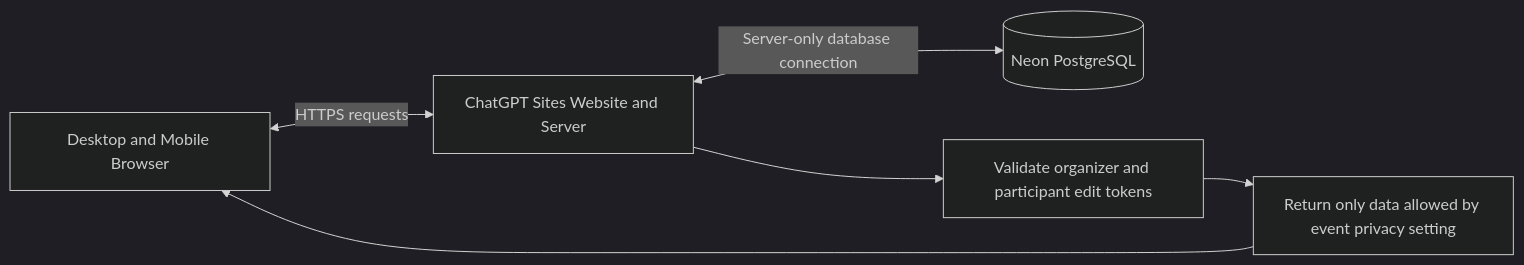
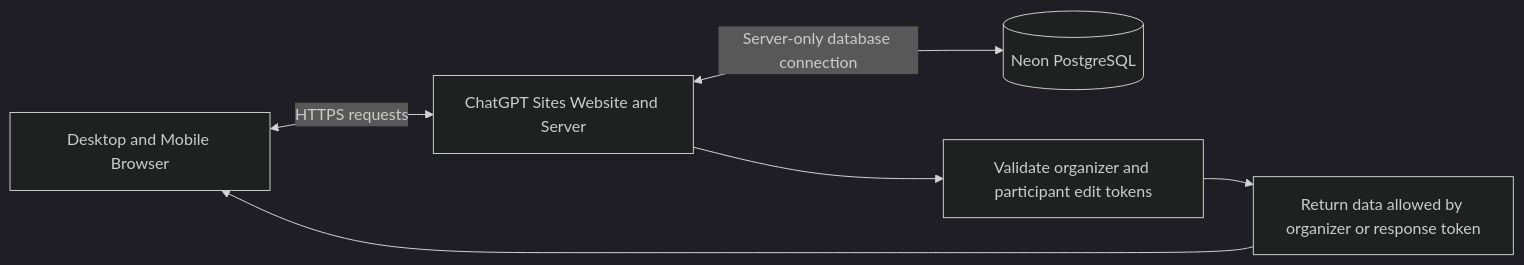
One commit to jimmy181211/whenkin changed the third of 4 diagrams in docs/flowchart.md. Above: the diagram before and after it, drawn with Mermaid (dark theme). The commit also changed other lines of this file and 15 other files, not shown here.

````diff
--- a/docs/flowchart.md
+++ b/docs/flowchart.md
@@ -76,8 +53,8 @@
 ```mermaid
 flowchart LR
   D[Desktop and Mobile Browser] <-->|HTTPS requests| S[ChatGPT Sites Website and Server]
   S <-->|Server-only database connection| N[(Neon PostgreSQL)]
   S --> A[Validate organizer and participant edit tokens]
-  A --> P[Return only data allowed by event privacy setting]
+  A --> P[Return data allowed by organizer or response token]
   P --> D
 ```
````
